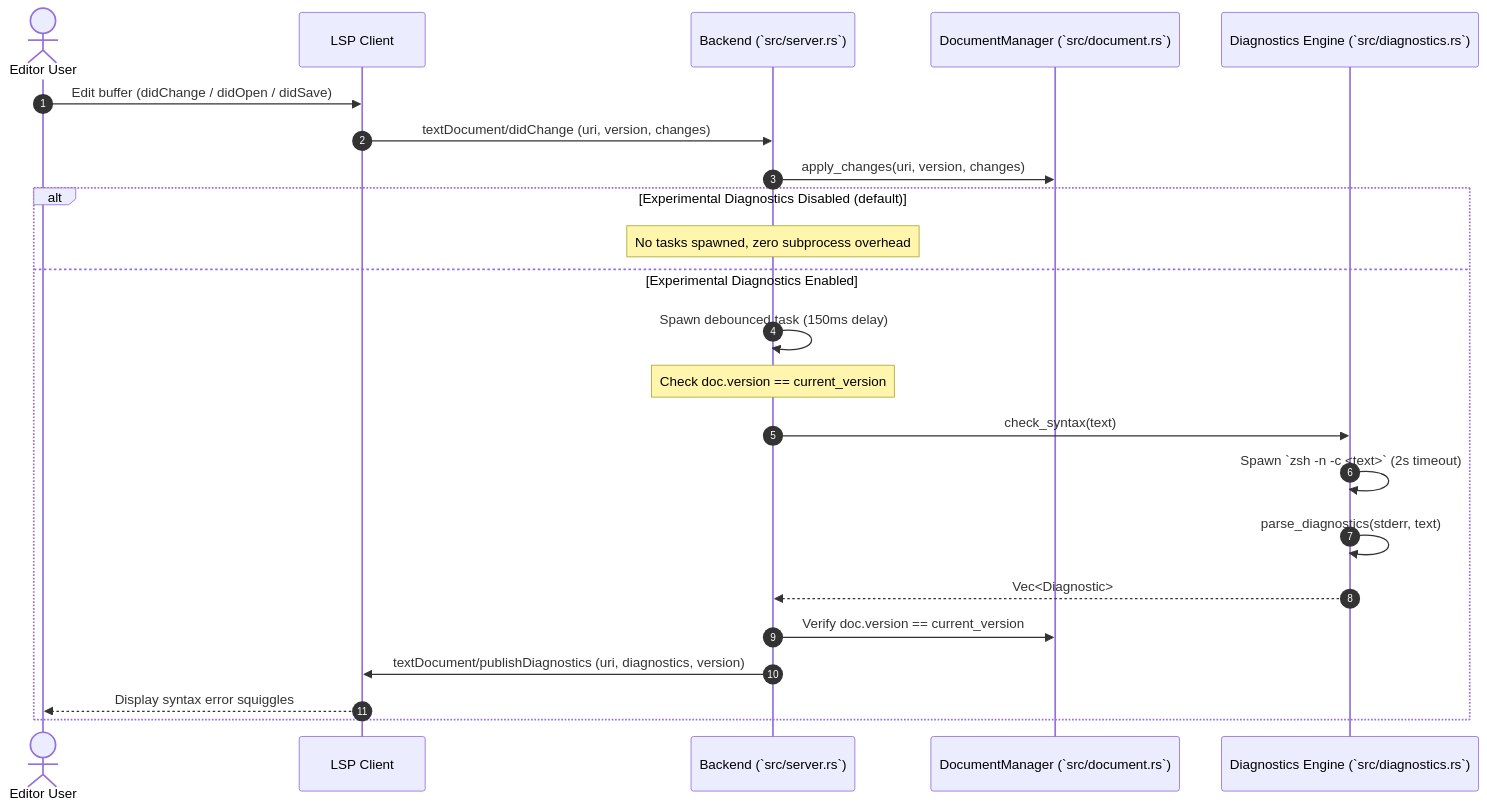
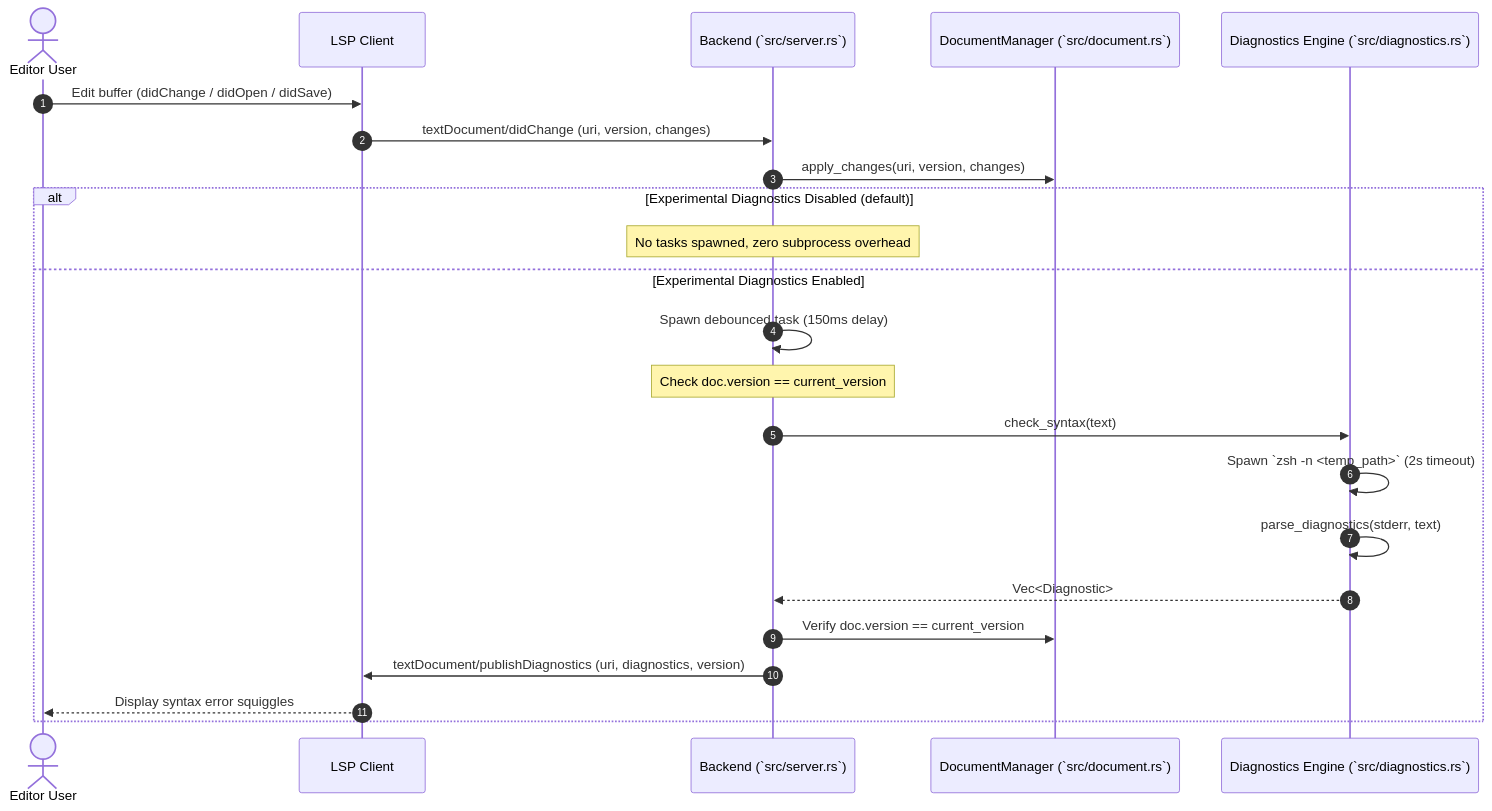
One commit to yuys13/zshcs changed the seventh of 8 diagrams in docs/ARCHITECTURE.md. Above: the diagram before and after it, drawn with Mermaid. The commit also changed other lines of this file and 3 other files, not shown here.

````diff
--- a/docs/ARCHITECTURE.md
+++ b/docs/ARCHITECTURE.md
@@ -401,26 +401,26 @@
 ```mermaid
 sequenceDiagram
     autonumber
     actor User as Editor User
     participant Client as LSP Client
     participant Server as Backend (`src/server.rs`)
     participant DocMgr as DocumentManager (`src/document.rs`)
     participant Diag as Diagnostics Engine (`src/diagnostics.rs`)
 
     User->>Client: Edit buffer (didChange / didOpen / didSave)
     Client->>Server: textDocument/didChange (uri, version, changes)
     Server->>DocMgr: apply_changes(uri, version, changes)
     alt Experimental Diagnostics Disabled (default)
         Note over Server: No tasks spawned, zero subprocess overhead
     else Experimental Diagnostics Enabled
         Server->>Server: Spawn debounced task (150ms delay)
         Note over Server: Check doc.version == current_version
         Server->>Diag: check_syntax(text)
-        Diag->>Diag: Spawn `zsh -n -c <text>` (2s timeout)
+        Diag->>Diag: Spawn `zsh -n <temp_path>` (2s timeout)
         Diag->>Diag: parse_diagnostics(stderr, text)
         Diag-->>Server: Vec<Diagnostic>
         Server->>DocMgr: Verify doc.version == current_version
         Server->>Client: textDocument/publishDiagnostics (uri, diagnostics, version)
         Client-->>User: Display syntax error squiggles
     end
 ```
````
